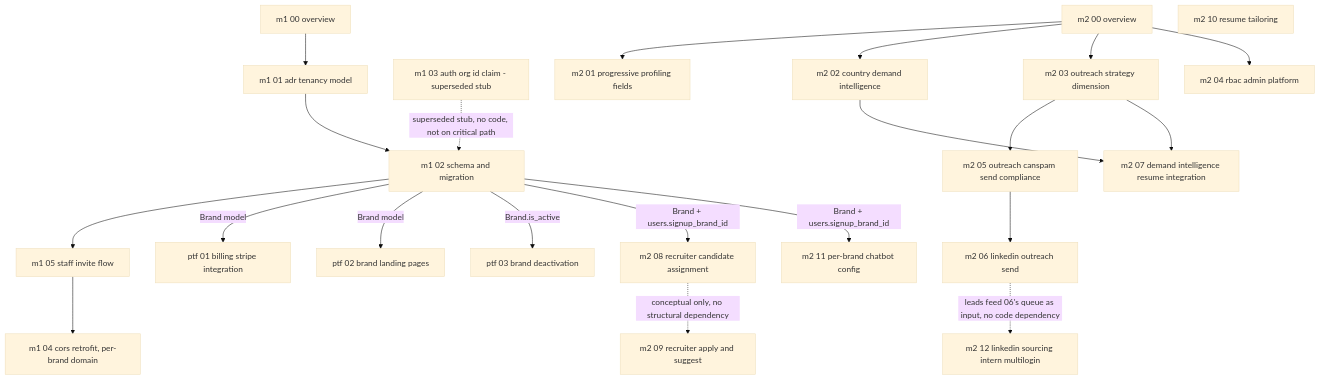
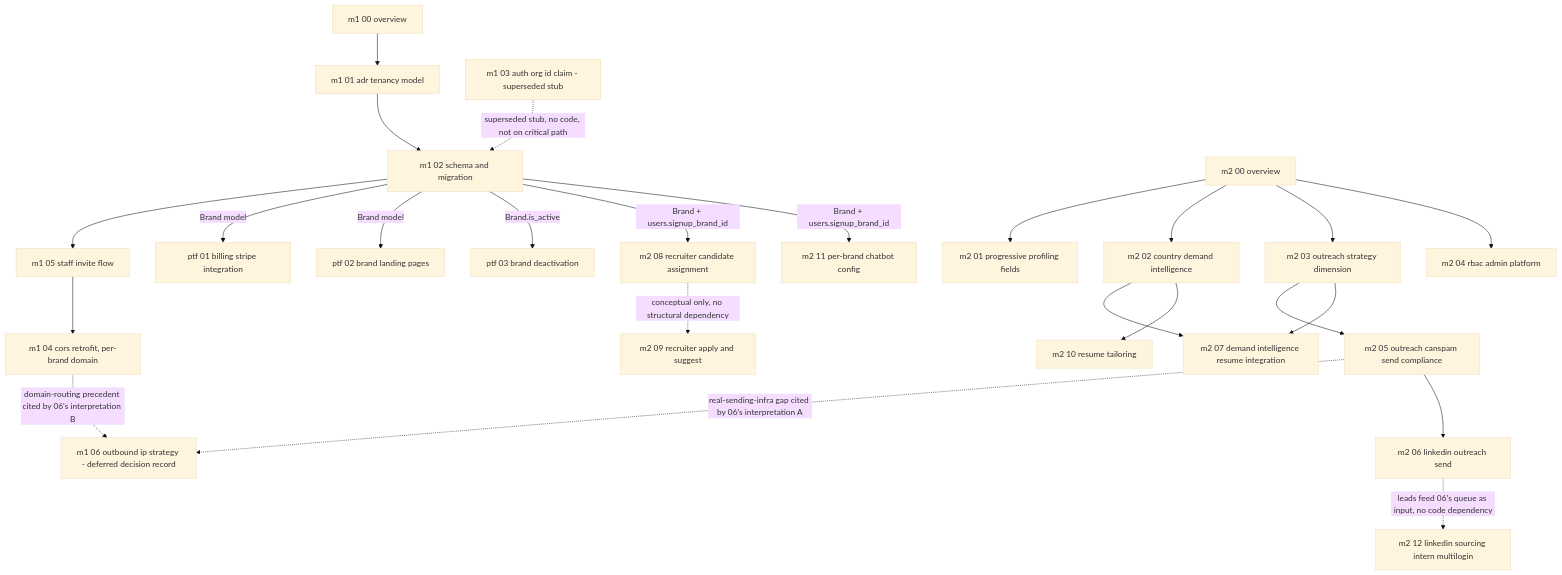
One commit to 1Touch-dev/HyerPathEnrichment changed the diagram in task-orchestration/README.md. Above: the diagram before and after it, drawn with Mermaid (base theme). The commit also changed other lines of this file, not shown here.

Commit message:
Update README dependency graph and gap-tracking for M1_06 and closed gaps (Task D)

````diff
--- a/task-orchestration/README.md
+++ b/task-orchestration/README.md
@@ -50,47 +50,51 @@
 ```mermaid
 graph TD
   M1_00[m1 00 overview]
   M1_01[m1 01 adr tenancy model]
   M1_02[m1 02 schema and migration]
   M1_03[m1 03 auth org id claim - superseded stub]
   M1_05[m1 05 staff invite flow]
   M1_04[m1 04 cors retrofit, per-brand domain]
+  M1_06[m1 06 outbound ip strategy - deferred decision record]
 
   M2_00[m2 00 overview]
   M2_01[m2 01 progressive profiling fields]
   M2_02[m2 02 country demand intelligence]
   M2_03[m2 03 outreach strategy dimension]
   M2_04[m2 04 rbac admin platform]
   M2_05[m2 05 outreach canspam send compliance]
   M2_06[m2 06 linkedin outreach send]
   M2_07[m2 07 demand intelligence resume integration]
   M2_08[m2 08 recruiter candidate assignment]
   M2_09[m2 09 recruiter apply and suggest]
   M2_10[m2 10 resume tailoring]
   M2_11[m2 11 per-brand chatbot config]
   M2_12[m2 12 linkedin sourcing intern multilogin]
 
   PTF_01[ptf 01 billing stripe integration]
   PTF_02[ptf 02 brand landing pages]
   PTF_03[ptf 03 brand deactivation]
 
   M1_00 --> M1_01 --> M1_02 --> M1_05 --> M1_04
   M1_03 -.->|superseded stub, no code, not on critical path| M1_02
+  M1_04 -.->|domain-routing precedent cited by 06's interpretation B| M1_06
+  M2_05 -.->|real-sending-infra gap cited by 06's interpretation A| M1_06
 
   M1_02 -->|Brand model| PTF_01
   M1_02 -->|Brand model| PTF_02
   M1_02 -->|Brand.is_active| PTF_03
   M1_02 -->|Brand + users.signup_brand_id| M2_08
   M1_02 -->|Brand + users.signup_brand_id| M2_11
 
   M2_00 --> M2_01
   M2_00 --> M2_02
   M2_00 --> M2_03
   M2_00 --> M2_04
   M2_03 --> M2_05
   M2_05 --> M2_06
   M2_02 --> M2_07
   M2_03 --> M2_07
+  M2_02 --> M2_10
   M2_08 -.->|conceptual only, no structural dependency| M2_09
   M2_06 -.->|leads feed 06's queue as input, no code dependency| M2_12
 ```
````
